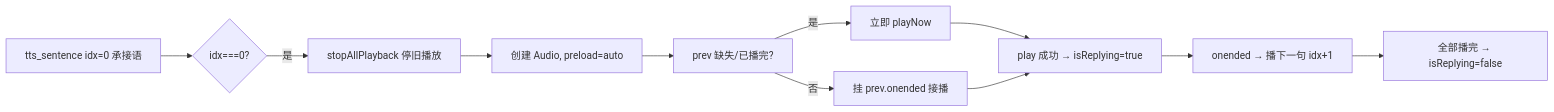
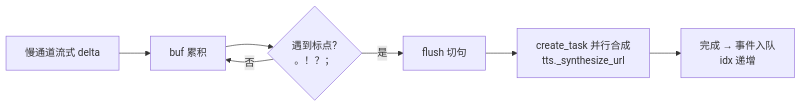
Before and after one commit to Xudream/duplex-voice: the seventh of 13 diagrams in docs/软件设计.md, drawn with Mermaid. The commit also changed other lines of this file, not shown here.

First line of the commit message:
docs: 软件设计文档详细版——13 个流程图 + 数据流与实测数据深化

````diff
--- a/docs/软件设计.md
+++ b/docs/软件设计.md
@@ -203,12 +310,9 @@
 ```mermaid
 flowchart LR
-    A[tts_sentence idx=0 承接语] --> B{idx===0?}
-    B -- 是 --> C[stopAllPlayback 停旧播放]
-    C --> D[创建 Audio, preload=auto]
-    D --> E[prev 缺失/已播完?]
-    E -- 是 --> F[立即 playNow]
-    E -- 否 --> G[挂 prev.onended 接播]
-    F & G --> H[play 成功 → isReplying=true]
-    H --> I[onended → 播下一句 idx+1]
-    I --> J[全部播完 → isReplying=false]
+    A[慢通道流式 delta] --> B[buf 累积]
+    B --> C{遇到标点?<br/>。！？；\n}
+    C -- 是 --> D[flush 切句]
+    D --> E[create_task 并行合成<br/>tts._synthesize_url]
+    E --> F[完成 → 事件入队<br/>idx 递增]
+    C -- 否 --> B
 ```
````
